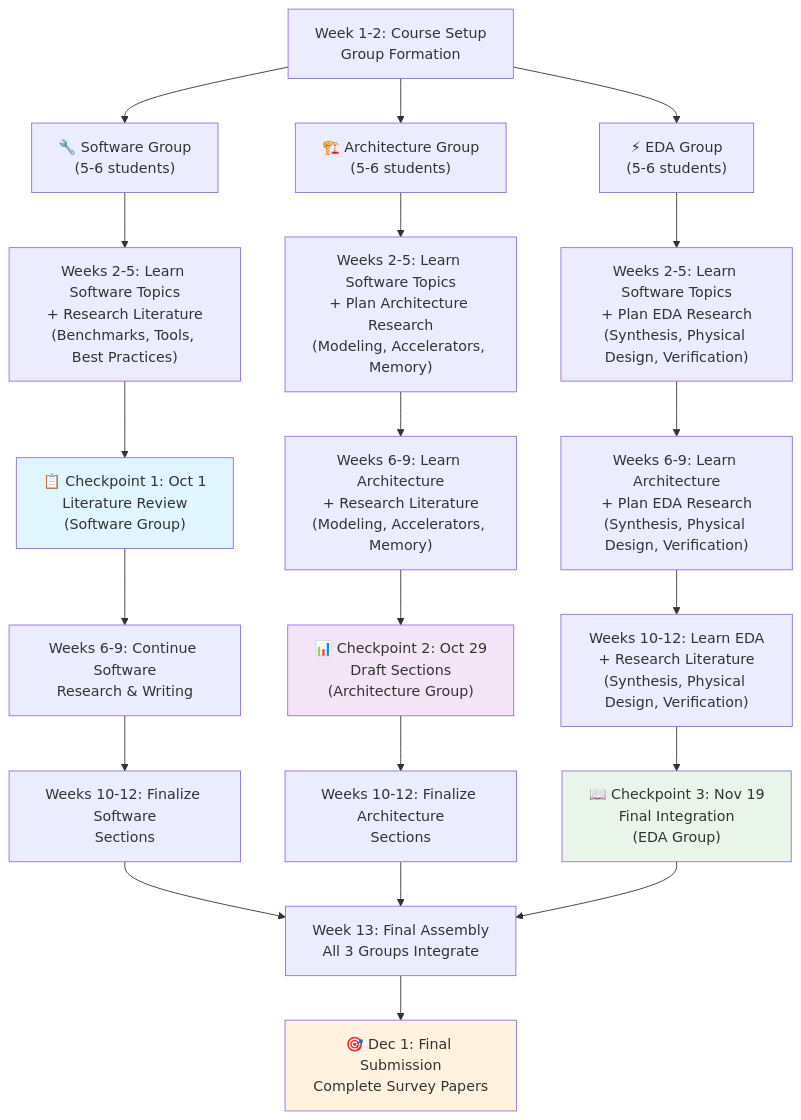
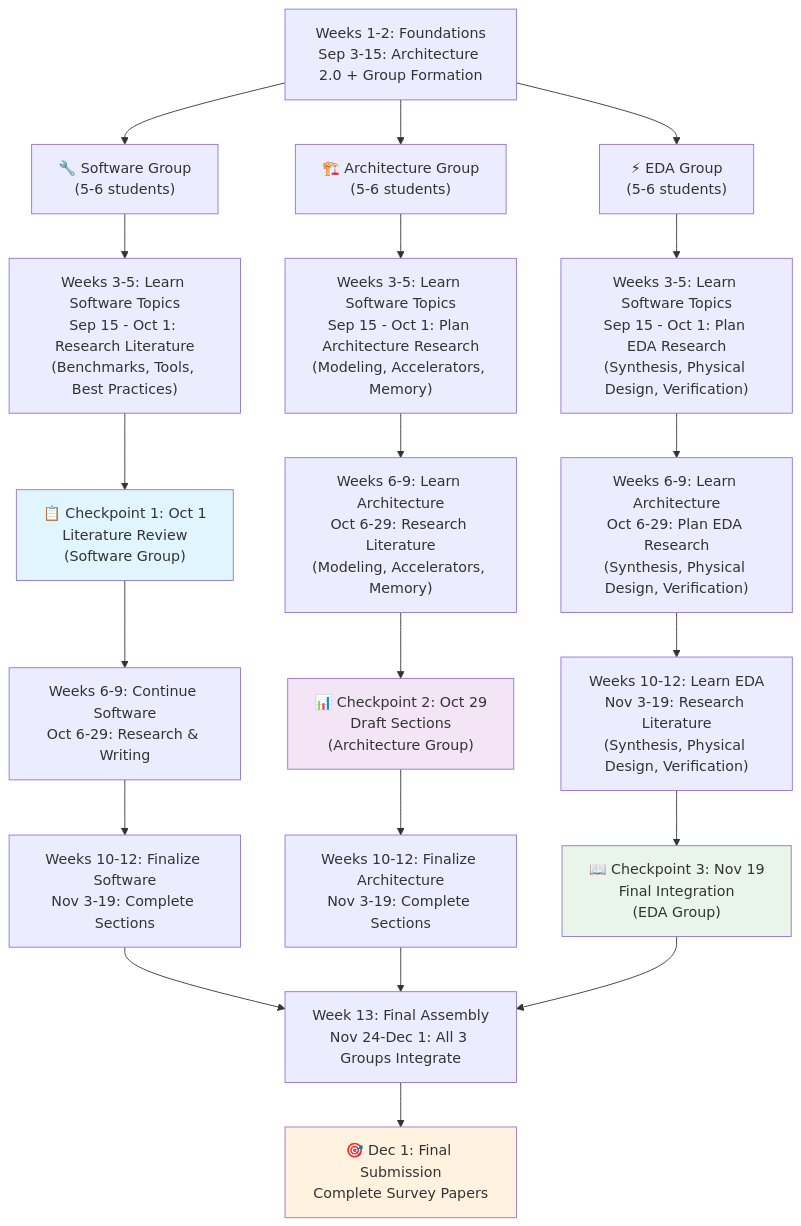
Before and after one commit to harvard-edge/cs249r_fall2025: the third of 3 diagrams in course/project.md, drawn with Mermaid. The commit also changed other lines of this file, not shown here.

Commit message:
Align project timeline with actual course schedule
- Weeks 1-2 (Sep 3-15): Architecture 2.0 foundations + group formation
- Software phase starts Week 3 (Sep 15) not Week 2
- Correct timeline: Sep 15-Oct 1 (Software), Oct 6-29 (Architecture), Nov 3-19 (EDA)
- Match the actual schedule where code generation starts Sep 15th onwards
- Two weeks of introduction and foundations before software topics begin

```diff
--- a/course/project.md
+++ b/course/project.md
@@ -145,35 +145,35 @@
 <div class="mermaid">
 flowchart TD
-    A["Week 1-2: Course Setup<br/>Group Formation"] --> B["🔧 Software Group<br/>(5-6 students)"]
+    A["Weeks 1-2: Foundations<br/>Sep 3-15: Architecture 2.0 + Group Formation"] --> B["🔧 Software Group<br/>(5-6 students)"]
     A --> C["🏗️ Architecture Group<br/>(5-6 students)"]
     A --> D["⚡ EDA Group<br/>(5-6 students)"]
     
-    B --> E["Weeks 2-5: Learn Software Topics<br/>+ Research Literature<br/>(Benchmarks, Tools, Best Practices)"]
-    C --> F["Weeks 2-5: Learn Software Topics<br/>+ Plan Architecture Research<br/>(Modeling, Accelerators, Memory)"]
-    D --> G["Weeks 2-5: Learn Software Topics<br/>+ Plan EDA Research<br/>(Synthesis, Physical Design, Verification)"]
+    B --> E["Weeks 3-5: Learn Software Topics<br/>Sep 15 - Oct 1: Research Literature<br/>(Benchmarks, Tools, Best Practices)"]
+    C --> F["Weeks 3-5: Learn Software Topics<br/>Sep 15 - Oct 1: Plan Architecture Research<br/>(Modeling, Accelerators, Memory)"]
+    D --> G["Weeks 3-5: Learn Software Topics<br/>Sep 15 - Oct 1: Plan EDA Research<br/>(Synthesis, Physical Design, Verification)"]
     
     E --> H["📋 Checkpoint 1: Oct 1<br/>Literature Review<br/>(Software Group)"]
     
-    F --> I["Weeks 6-9: Learn Architecture<br/>+ Research Literature<br/>(Modeling, Accelerators, Memory)"]
-    G --> J["Weeks 6-9: Learn Architecture<br/>+ Plan EDA Research<br/>(Synthesis, Physical Design, Verification)"]
-    H --> K["Weeks 6-9: Continue Software<br/>Research & Writing"]
+    F --> I["Weeks 6-9: Learn Architecture<br/>Oct 6-29: Research Literature<br/>(Modeling, Accelerators, Memory)"]
+    G --> J["Weeks 6-9: Learn Architecture<br/>Oct 6-29: Plan EDA Research<br/>(Synthesis, Physical Design, Verification)"]
+    H --> K["Weeks 6-9: Continue Software<br/>Oct 6-29: Research & Writing"]
     
     I --> L["📊 Checkpoint 2: Oct 29<br/>Draft Sections<br/>(Architecture Group)"]
     
-    J --> M["Weeks 10-12: Learn EDA<br/>+ Research Literature<br/>(Synthesis, Physical Design, Verification)"]
-    K --> N["Weeks 10-12: Finalize Software<br/>Sections"]
-    L --> O["Weeks 10-12: Finalize Architecture<br/>Sections"]
+    J --> M["Weeks 10-12: Learn EDA<br/>Nov 3-19: Research Literature<br/>(Synthesis, Physical Design, Verification)"]
+    K --> N["Weeks 10-12: Finalize Software<br/>Nov 3-19: Complete Sections"]
+    L --> O["Weeks 10-12: Finalize Architecture<br/>Nov 3-19: Complete Sections"]
     
     M --> P["📖 Checkpoint 3: Nov 19<br/>Final Integration<br/>(EDA Group)"]
     
-    N --> Q["Week 13: Final Assembly<br/>All 3 Groups Integrate"]
+    N --> Q["Week 13: Final Assembly<br/>Nov 24-Dec 1: All 3 Groups Integrate"]
     O --> Q
     P --> Q
     
     Q --> R["🎯 Dec 1: Final Submission<br/>Complete Survey Papers"]
     
     style H fill:#e1f5fe
     style L fill:#f3e5f5
     style P fill:#e8f5e8
     style R fill:#fff3e0
 </div>
```
